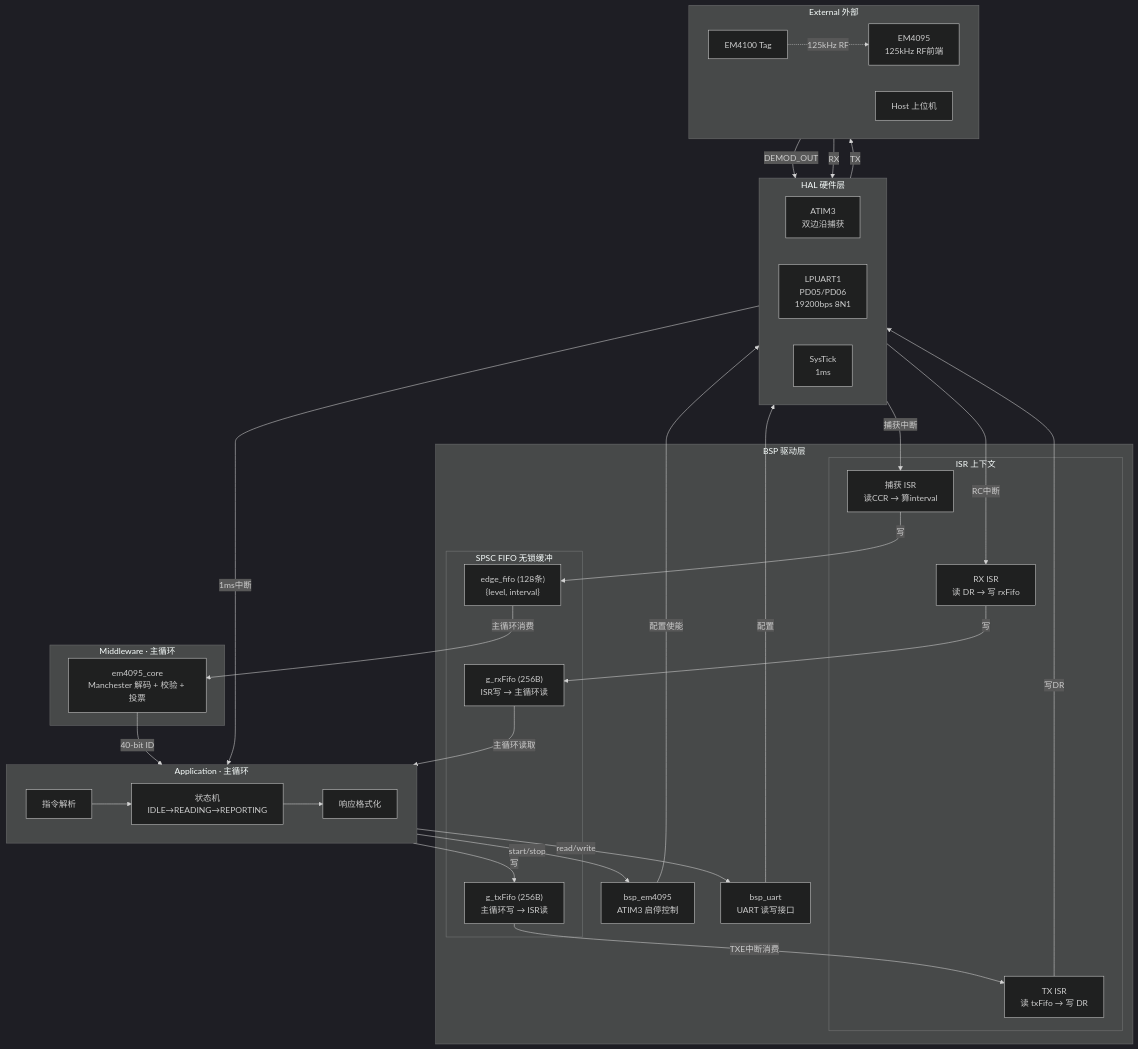
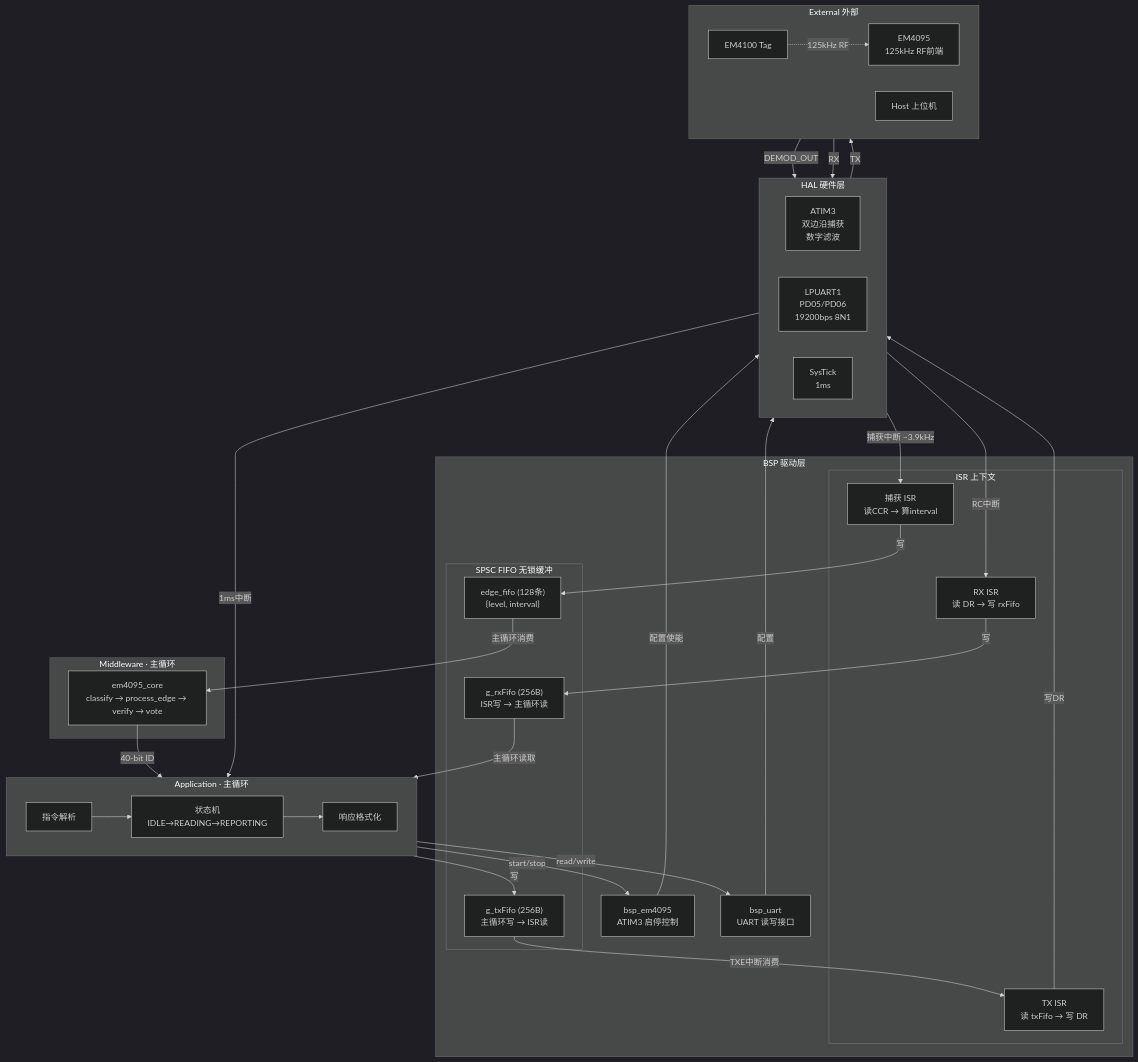
The first of 6 diagrams in 工作/SR3读卡器/260802SR3读卡器架构.md (Siaiai/ObsidianNote), drawn with Mermaid (dark theme) before and after one commit. The commit also changed other lines of this file and 2 other files, not shown here.

````diff
--- a/工作/SR3读卡器/260802SR3读卡器架构.md
+++ b/工作/SR3读卡器/260802SR3读卡器架构.md
@@ -25,70 +25,70 @@
 ```mermaid
 flowchart TD
     subgraph APP["Application · 主循环"]
         direction LR
         CMD["指令解析"] --> SM["状态机<br/>IDLE→READING→REPORTING"]
         SM --> FMT["响应格式化"]
     end
 
     subgraph MID["Middleware · 主循环"]
-        DEC["em4095_core<br/>Manchester 解码 + 校验 + 投票"]
+        DEC["em4095_core<br/>classify → process_edge → verify → vote"]
     end
 
     subgraph BSP["BSP 驱动层"]
         subgraph FIFO["SPSC FIFO 无锁缓冲"]
             F3["edge_fifo (128条)<br/>{level, interval}"]
             F1["g_rxFifo (256B)<br/>ISR写 → 主循环读"]
             F2["g_txFifo (256B)<br/>主循环写 → ISR读"]
         end
         subgraph ISR["ISR 上下文"]
             ISR_EM["捕获 ISR<br/>读CCR → 算interval"]
             ISR_RX["RX ISR<br/>读 DR → 写 rxFifo"]
             ISR_TX["TX ISR<br/>读 txFifo → 写 DR"]
         end
         BSP_EM["bsp_em4095<br/>ATIM3 启停控制"]
         BSP_UART["bsp_uart<br/>UART 读写接口"]
     end
 
     subgraph HAL["HAL 硬件层"]
         direction LR
-        ATIM3["ATIM3<br/>双边沿捕获"]
+        ATIM3["ATIM3<br/>双边沿捕获<br/>数字滤波"]
         LPUART["LPUART1<br/>PD05/PD06<br/>19200bps 8N1"]
         SYSTICK["SysTick<br/>1ms"]
     end
 
     subgraph EXT["External 外部"]
         direction LR
         TAG["EM4100 Tag"]
         EM4095["EM4095<br/>125kHz RF前端"]
         HOST["Host 上位机"]
     end
 
     %% ===== 读卡数据流 =====
     TAG -.->|"125kHz RF"| EM4095
     EM4095 -->|"DEMOD_OUT"| ATIM3
-    ATIM3 -->|"捕获中断"| ISR_EM
+    ATIM3 -->|"捕获中断 ~3.9kHz"| ISR_EM
     ISR_EM -->|"写"| F3
     F3 -->|"主循环消费"| DEC
     DEC -->|"40-bit ID"| SM
 
     %% ===== 串口 RX 流 =====
     HOST -->|"RX"| LPUART
     LPUART -->|"RC中断"| ISR_RX
     ISR_RX -->|"写"| F1
     F1 -->|"主循环读取"| CMD
 
     %% ===== 串口 TX 流 =====
     FMT -->|"写"| F2
     F2 -->|"TXE中断消费"| ISR_TX
     ISR_TX -->|"写DR"| LPUART
     LPUART -->|"TX"| HOST
 
     %% ===== 时基 =====
     SYSTICK -->|"1ms中断"| SM
 
     %% ===== 控制流 =====
     SM -->|"start/stop"| BSP_EM
     BSP_EM -->|"配置使能"| ATIM3
     SM -->|"read/write"| BSP_UART
     BSP_UART -->|"配置"| LPUART
 ```
````
